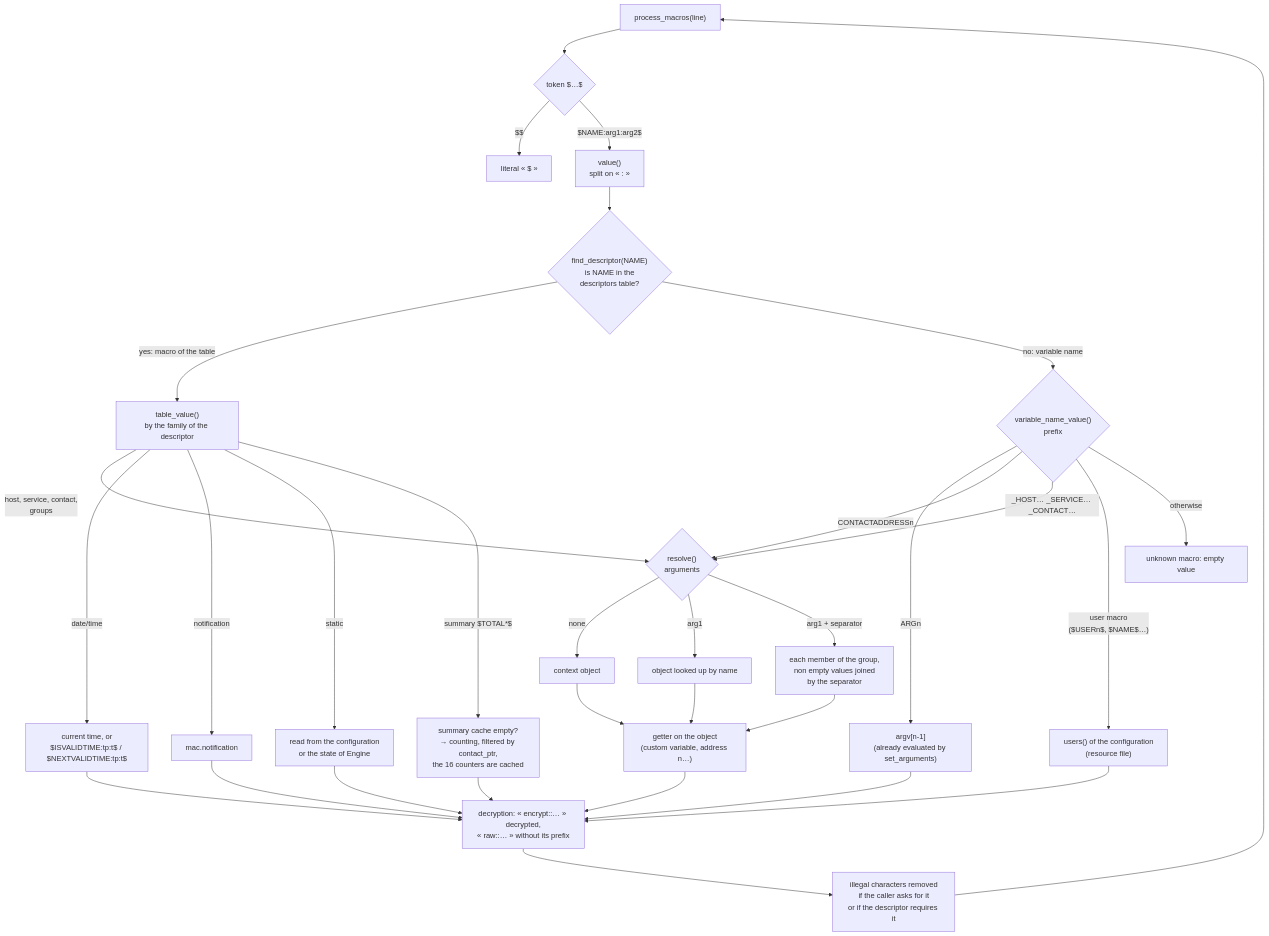
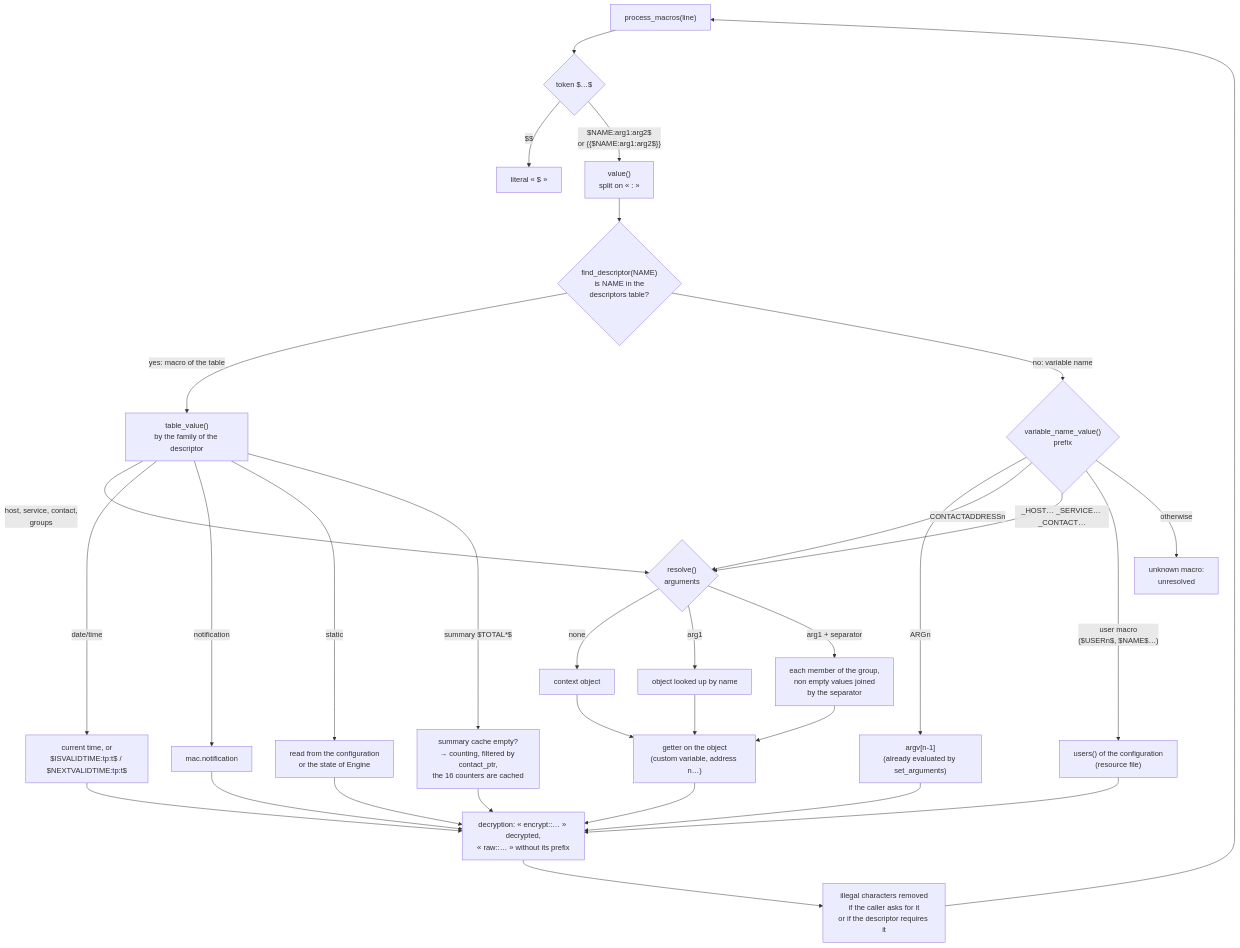
The diagram in doc/engine-macros-en.md (centreon/centreon-collect), drawn with Mermaid before and after one commit. The commit also changed other lines of this file and 1 other file, not shown here.

````diff
--- a/doc/engine-macros-en.md
+++ b/doc/engine-macros-en.md
@@ -107,39 +109,39 @@
 ```mermaid
 flowchart TD
     A["process_macros(line)"] --> B{"token $…$"}
     B -->|"$$"| B1["literal « $ »"]
-    B -->|"$NAME:arg1:arg2$"| C["value()<br/>split on « : »"]
+    B -->|"$NAME:arg1:arg2$<br/>or {{$NAME:arg1:arg2$}}"| C["value()<br/>split on « : »"]
 
     C --> D{"find_descriptor(NAME)<br/>is NAME in the<br/>descriptors table?"}
     D -->|"yes: macro of the table"| E["table_value()<br/>by the family of the descriptor"]
     D -->|"no: variable name"| F{"variable_name_value()<br/>prefix"}
 
     F -->|"ARGn"| F1["argv[n-1]<br/>(already evaluated by set_arguments)"]
     F -->|"CONTACTADDRESSn"| R1
     F -->|"_HOST… _SERVICE… _CONTACT…"| R1
     F -->|"user macro<br/>($USERn$, $NAME$…)"| F5["users() of the configuration<br/>(resource file)"]
-    F -->|otherwise| F6["unknown macro: empty value"]
+    F -->|otherwise| F6["unknown macro:<br/>unresolved"]
 
     E -->|"host, service, contact,<br/>groups"| R1{"resolve()<br/>arguments"}
     E -->|"date/time"| P3["current time, or<br/>$ISVALIDTIME:tp:t$ / $NEXTVALIDTIME:tp:t$"]
     E -->|"notification"| P1["mac.notification"]
     E -->|"static"| P2["read from the configuration<br/>or the state of Engine"]
     E -->|"summary $TOTAL*$"| P4["summary cache empty?<br/>→ counting, filtered by contact_ptr,<br/>the 16 counters are cached"]
 
     R1 -->|none| R2["context object"]
     R1 -->|arg1| R3["object looked up by name"]
     R1 -->|"arg1 + separator"| R4["each member of the group,<br/>non empty values joined<br/>by the separator"]
     R2 --> S["getter on the object<br/>(custom variable, address n…)"]
     R3 --> S
     R4 --> S
 
     S --> Z["decryption: « encrypt::… » decrypted,<br/>« raw::… » without its prefix"]
     P1 --> Z
     P2 --> Z
     P3 --> Z
     P4 --> Z
     F1 --> Z
     F5 --> Z
     Z --> Z2["illegal characters removed<br/>if the caller asks for it<br/>or if the descriptor requires it"]
     Z2 --> A
 ```
````
